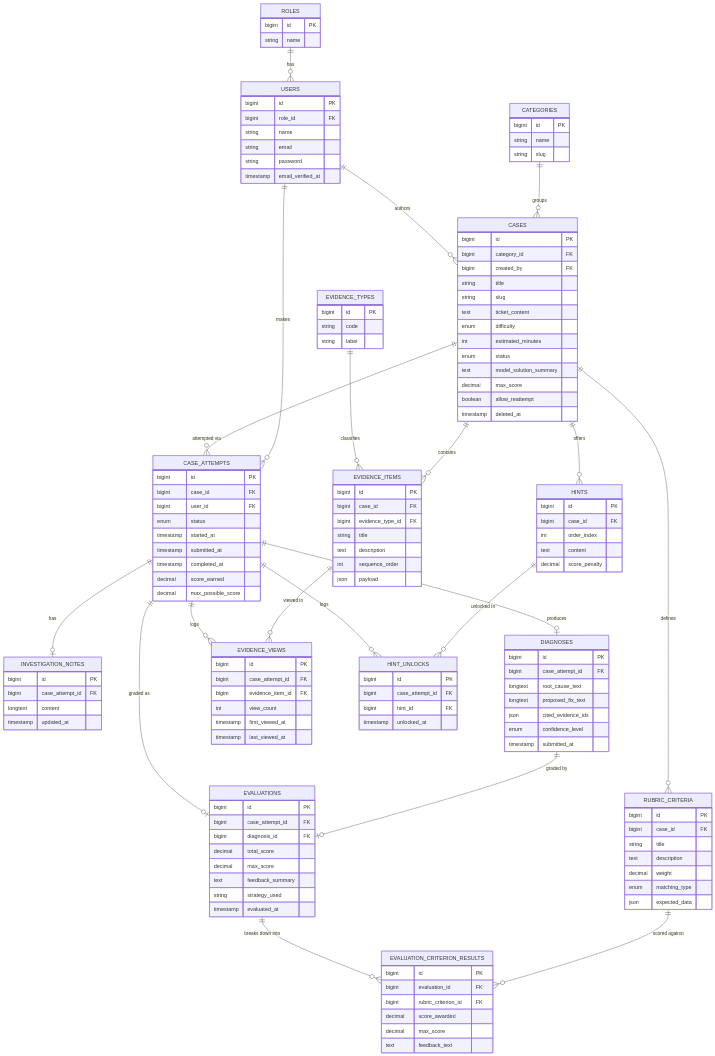
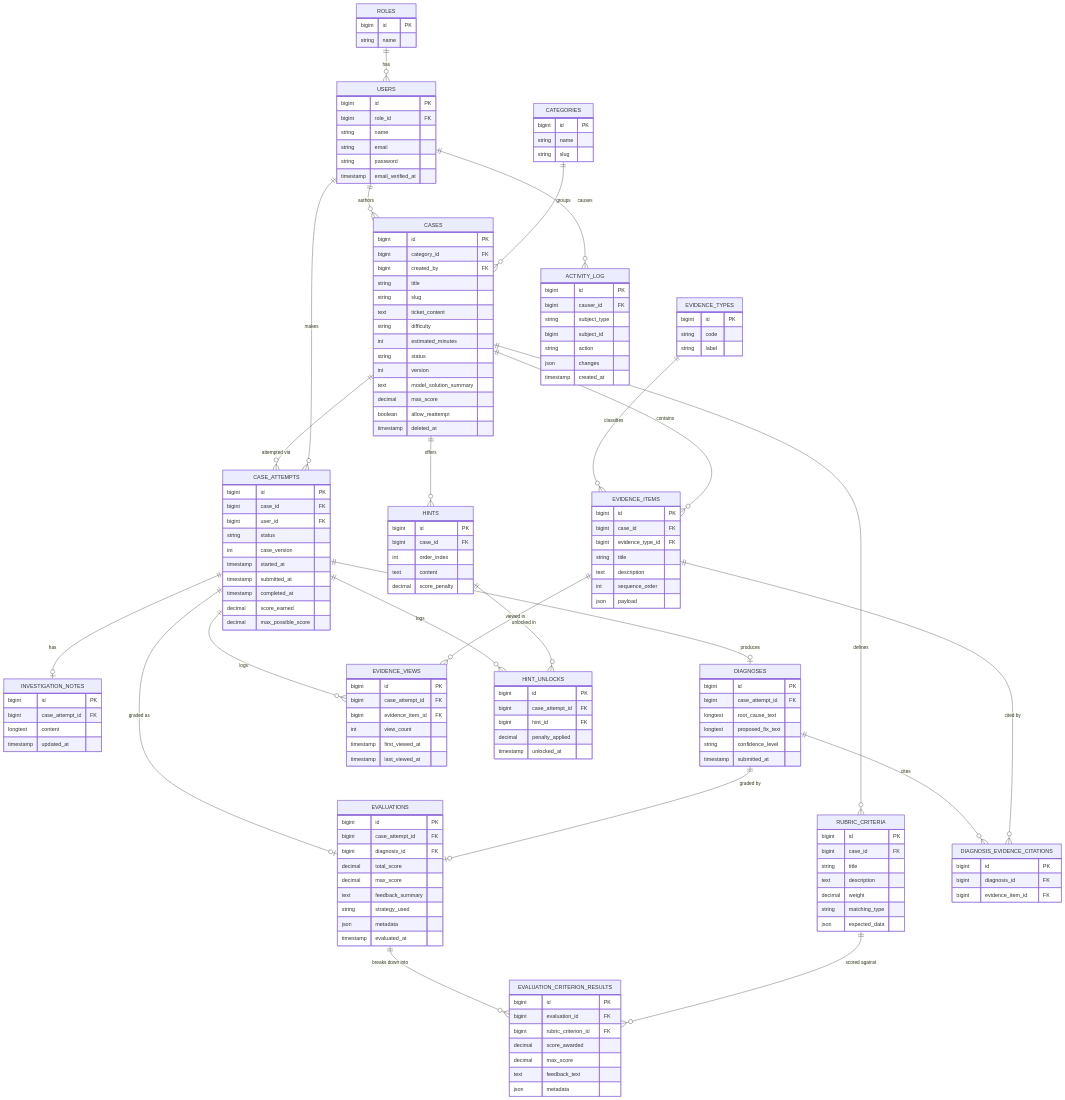
One commit to xcsi/AI-CaseLab changed the diagram in docs/03-database-design.md. Above: the diagram before and after it, drawn with Mermaid. The commit also changed other lines of this file and 2 other files, not shown here.

````diff
--- a/docs/03-database-design.md
+++ b/docs/03-database-design.md
@@ -31,6 +43,9 @@
     DIAGNOSES ||--o| EVALUATIONS : "graded by"
     EVALUATIONS ||--o{ EVALUATION_CRITERION_RESULTS : "breaks down into"
     RUBRIC_CRITERIA ||--o{ EVALUATION_CRITERION_RESULTS : "scored against"
+    DIAGNOSES ||--o{ DIAGNOSIS_EVIDENCE_CITATIONS : "cites"
+    EVIDENCE_ITEMS ||--o{ DIAGNOSIS_EVIDENCE_CITATIONS : "cited by"
+    USERS ||--o{ ACTIVITY_LOG : "causes"
 
     ROLES {
         bigint id PK
@@ -56,9 +71,10 @@
         string title
         string slug
         text ticket_content
-        enum difficulty
+        string difficulty
         int estimated_minutes
-        enum status
+        string status
+        int version
         text model_solution_summary
         decimal max_score
         boolean allow_reattempt
@@ -91,14 +107,15 @@
         string title
         text description
         decimal weight
-        enum matching_type
+        string matching_type
         json expected_data
     }
     CASE_ATTEMPTS {
         bigint id PK
         bigint case_id FK
         bigint user_id FK
-        enum status
+        string status
+        int case_version
         timestamp started_at
         timestamp submitted_at
         timestamp completed_at
@@ -116,9 +133,13 @@
         bigint case_attempt_id FK
         longtext root_cause_text
         longtext proposed_fix_text
-        json cited_evidence_ids
-        enum confidence_level
+        string confidence_level
         timestamp submitted_at
+    }
+    DIAGNOSIS_EVIDENCE_CITATIONS {
+        bigint id PK
+        bigint diagnosis_id FK
+        bigint evidence_item_id FK
     }
     EVIDENCE_VIEWS {
         bigint id PK
@@ -132,6 +153,7 @@
         bigint id PK
         bigint case_attempt_id FK
         bigint hint_id FK
+        decimal penalty_applied
         timestamp unlocked_at
     }
     EVALUATIONS {
@@ -142,6 +164,7 @@
         decimal max_score
         text feedback_summary
         string strategy_used
+        json metadata
         timestamp evaluated_at
     }
     EVALUATION_CRITERION_RESULTS {
@@ -151,5 +174,15 @@
         decimal score_awarded
         decimal max_score
         text feedback_text
+        json metadata
+    }
+    ACTIVITY_LOG {
+        bigint id PK
+        bigint causer_id FK
+        string subject_type
+        bigint subject_id
+        string action
+        json changes
+        timestamp created_at
     }
 ```
````
